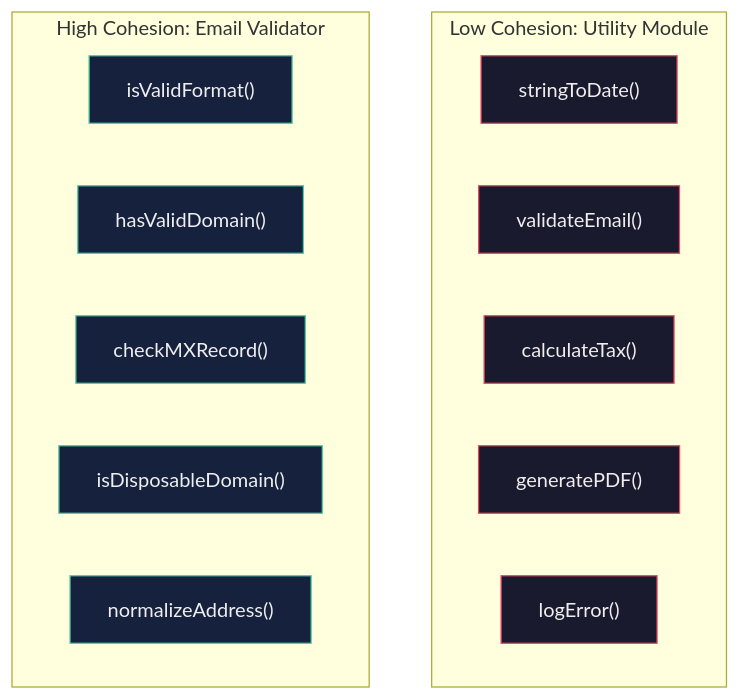
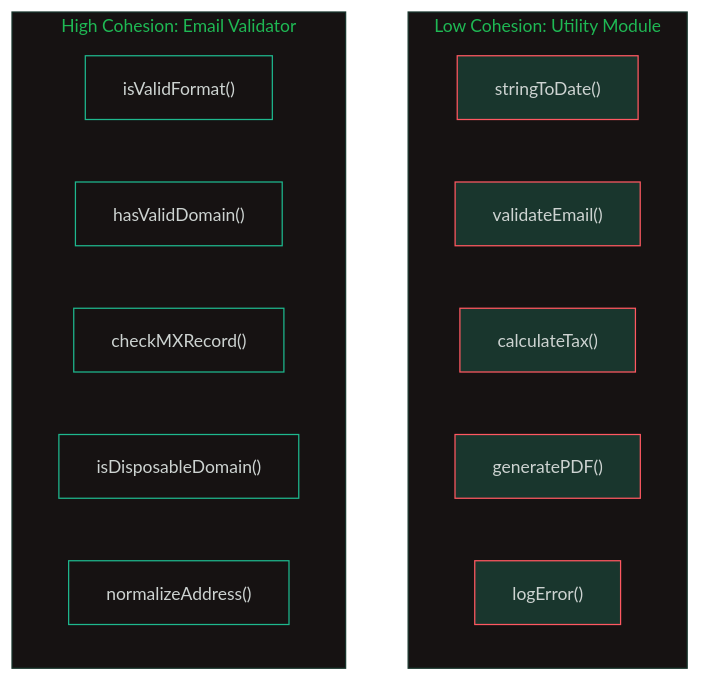
Before and after one commit to oat431/swe-knowledge: the third of 9 diagrams in computing-foundation-note/Fundamental/00 Basic Concepts of a System.md, drawn with Mermaid. The commit also changed other lines of this file and 139 other files, not shown here.

````diff
--- a/computing-foundation-note/Fundamental/00 Basic Concepts of a System.md
+++ b/computing-foundation-note/Fundamental/00 Basic Concepts of a System.md
@@ -257,28 +261,29 @@
 ```mermaid
+%%{init: {'theme':'base','themeVariables':{'primaryColor':'#19362D','primaryTextColor':'#CDD3D1','primaryBorderColor':'#1FB854','lineColor':'#1FB854','secondaryColor':'#161212','tertiaryColor':'#1B1717','background':'#1B1717','mainBkg':'#19362D','nodeBorder':'#1FB854','clusterBkg':'#161212','clusterBorder':'#19362D','titleColor':'#1FB854','edgeLabelBackground':'#161212','fontSize':'14px'}}}%%
 flowchart TB
     subgraph "Low Cohesion: Utility Module"
         U1["stringToDate()"]
         U2["validateEmail()"]
         U3["calculateTax()"]
         U4["generatePDF()"]
         U5["logError()"]
     end
     subgraph "High Cohesion: Email Validator"
         E1["isValidFormat()"]
         E2["hasValidDomain()"]
         E3["checkMXRecord()"]
         E4["isDisposableDomain()"]
         E5["normalizeAddress()"]
     end
     
-    style U1 fill:#1a1a2e,stroke:#e94560,color:#eee
-    style U2 fill:#1a1a2e,stroke:#e94560,color:#eee
-    style U3 fill:#1a1a2e,stroke:#e94560,color:#eee
-    style U4 fill:#1a1a2e,stroke:#e94560,color:#eee
-    style U5 fill:#1a1a2e,stroke:#e94560,color:#eee
-    style E1 fill:#16213e,stroke:#4ecca3,color:#eee
-    style E2 fill:#16213e,stroke:#4ecca3,color:#eee
-    style E3 fill:#16213e,stroke:#4ecca3,color:#eee
-    style E4 fill:#16213e,stroke:#4ecca3,color:#eee
-    style E5 fill:#16213e,stroke:#4ecca3,color:#eee
+    style U1 fill:#19362D,stroke:#FF5861,color:#CDD3D1
+    style U2 fill:#19362D,stroke:#FF5861,color:#CDD3D1
+    style U3 fill:#19362D,stroke:#FF5861,color:#CDD3D1
+    style U4 fill:#19362D,stroke:#FF5861,color:#CDD3D1
+    style U5 fill:#19362D,stroke:#FF5861,color:#CDD3D1
+    style E1 fill:#161212,stroke:#1EB88E,color:#CDD3D1
+    style E2 fill:#161212,stroke:#1EB88E,color:#CDD3D1
+    style E3 fill:#161212,stroke:#1EB88E,color:#CDD3D1
+    style E4 fill:#161212,stroke:#1EB88E,color:#CDD3D1
+    style E5 fill:#161212,stroke:#1EB88E,color:#CDD3D1
 ```
````
